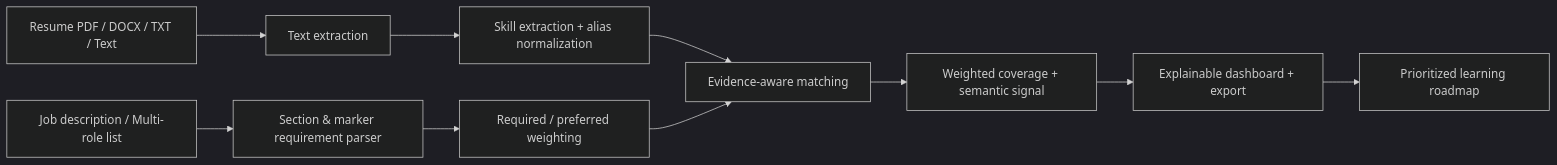
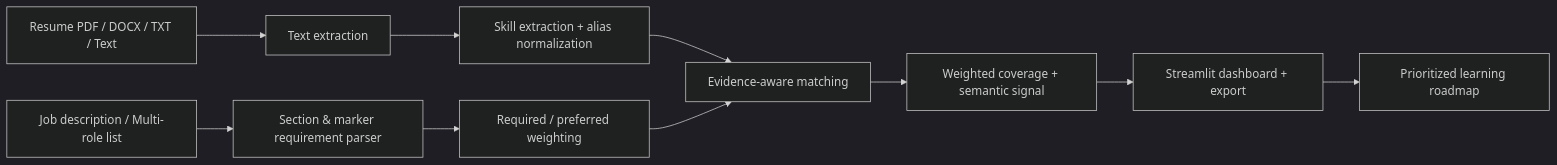
Before and after one commit to playlikeboy/resume-job-matching-skill-gap-analyzer: the diagram in README.md, drawn with Mermaid (dark theme). The commit also changed other lines of this file and 31 other files, not shown here.

````diff
--- a/README.md
+++ b/README.md
@@ -25,12 +26,12 @@
 ```mermaid
 flowchart LR
   A[Resume PDF / DOCX / TXT / Text] --> B[Text extraction]
   C[Job description / Multi-role list] --> D[Section & marker requirement parser]
   B --> E[Skill extraction + alias normalization]
   D --> F[Required / preferred weighting]
   E --> G[Evidence-aware matching]
   F --> G
   G --> H[Weighted coverage + semantic signal]
-  H --> I[Explainable dashboard + export]
+  H --> I[Streamlit dashboard + export]
   I --> J[Prioritized learning roadmap]
 ```
````
